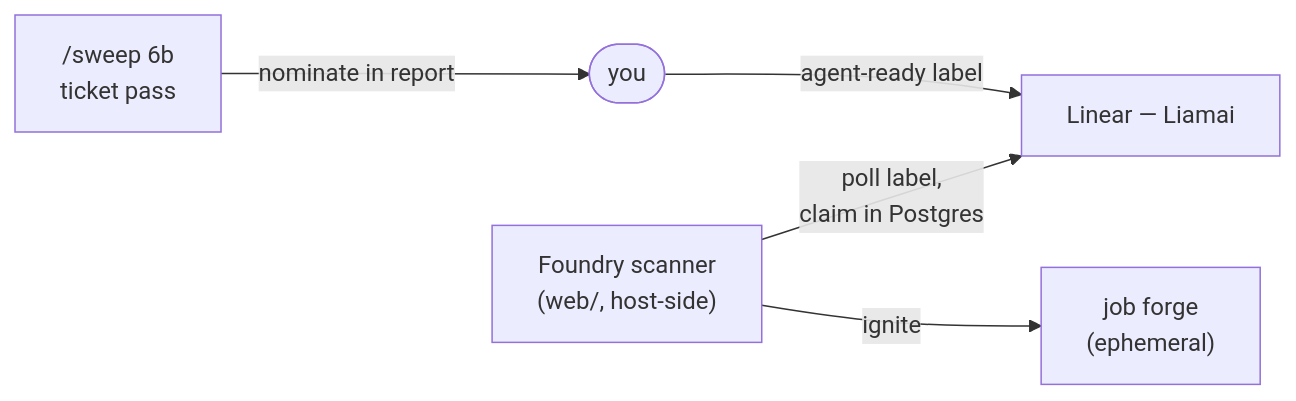
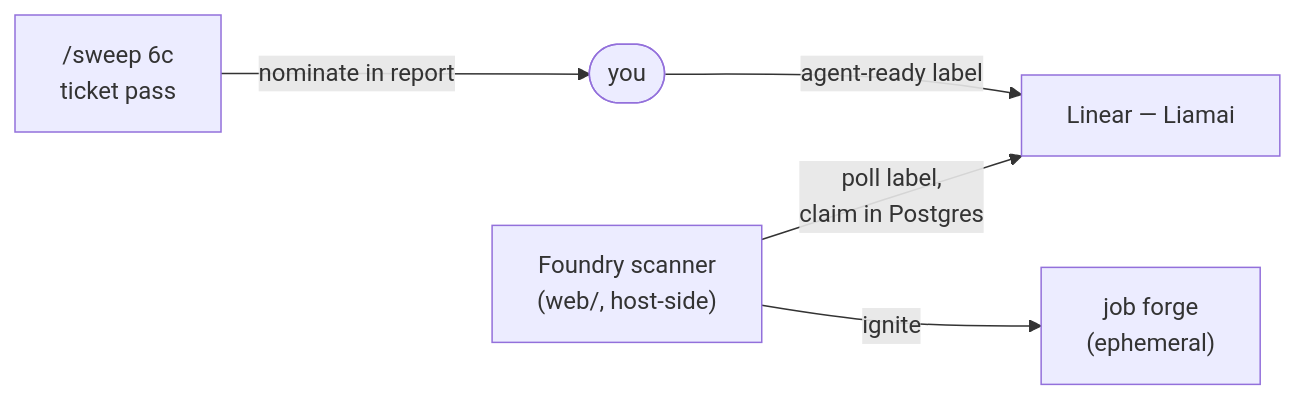
Before and after one commit to d0nwong/citadel: the fourth of 4 diagrams in apps/argus/README.md, drawn with Mermaid. The commit also changed other lines of this file and 5 other files, not shown here.

````diff
--- a/apps/argus/README.md
+++ b/apps/argus/README.md
@@ -205,7 +205,7 @@
 ```mermaid
 flowchart LR
-    sweep["/sweep 6b<br/>ticket pass"] -- "nominate in report" --> you(["you"])
+    sweep["/sweep 6c<br/>ticket pass"] -- "nominate in report" --> you(["you"])
     you -- "agent-ready label" --> linear["Linear — Liamai"]
     scanner["Foundry scanner<br/>(web/, host-side)"] -- "poll label,<br/>claim in Postgres" --> linear
     scanner -- "ignite" --> forge["job forge<br/>(ephemeral)"]
 ```
````
